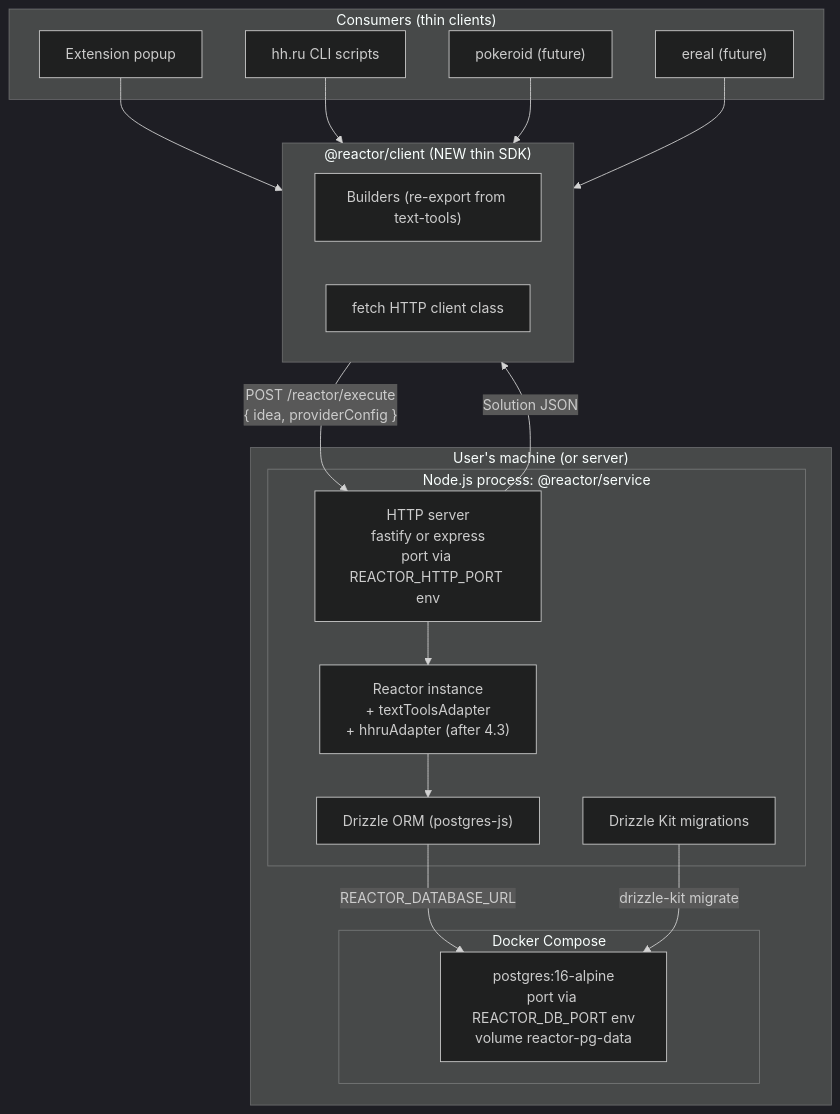
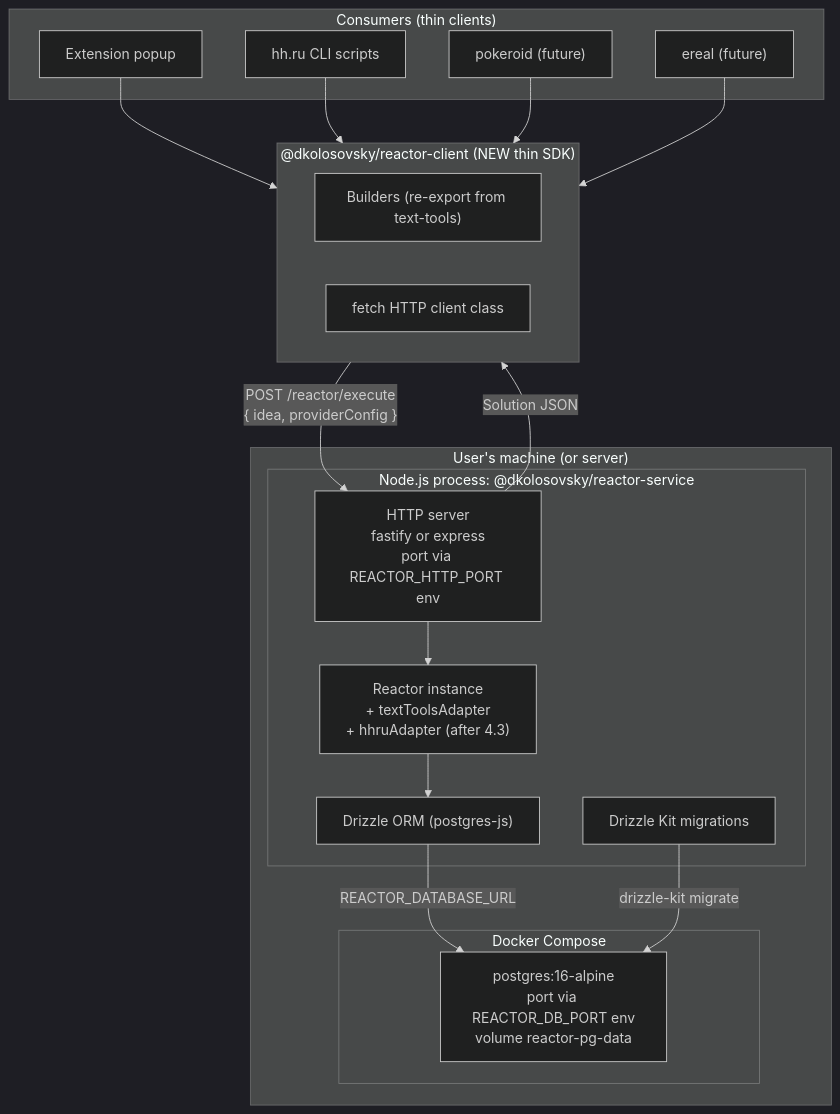
Before and after one commit to kolosochek/reactor: the first of 2 diagrams in docs/specs/2026-04-26-reactor-service-design.md, drawn with Mermaid (dark theme). The commit also changed other lines of this file and 36 other files, not shown here.

First line of the commit message:
publish: rename to @dkolosovsky scope + ship reactor-client/text-tools to npm

````diff
--- a/docs/specs/2026-04-26-reactor-service-design.md
+++ b/docs/specs/2026-04-26-reactor-service-design.md
@@ -61,37 +61,37 @@
 ```mermaid
 graph TB
   subgraph host["User's machine (or server)"]
     subgraph dock["Docker Compose"]
       PG["postgres:16-alpine<br/>port via REACTOR_DB_PORT env<br/>volume reactor-pg-data"]
     end
-    subgraph node["Node.js process: @reactor/service"]
+    subgraph node["Node.js process: @dkolosovsky/reactor-service"]
       API["HTTP server<br/>fastify or express<br/>port via REACTOR_HTTP_PORT env"]
       RC["Reactor instance<br/>+ textToolsAdapter<br/>+ hhruAdapter (after 4.3)"]
       DZ["Drizzle ORM (postgres-js)"]
       MIG["Drizzle Kit migrations"]
     end
     API --> RC
     RC --> DZ
     DZ -->|REACTOR_DATABASE_URL| PG
     MIG -->|"drizzle-kit migrate"| PG
   end
 
   subgraph clients["Consumers (thin clients)"]
     EXT["Extension popup"]
     HHCLI["hh.ru CLI scripts"]
     POK["pokeroid (future)"]
     EREAL["ereal (future)"]
   end
 
-  subgraph clientpkg["@reactor/client (NEW thin SDK)"]
+  subgraph clientpkg["@dkolosovsky/reactor-client (NEW thin SDK)"]
     BLD["Builders (re-export from text-tools)"]
     HTTP["fetch HTTP client class"]
   end
 
   EXT --> clientpkg
   HHCLI --> clientpkg
   POK --> clientpkg
   EREAL --> clientpkg
   clientpkg -->|"POST /reactor/execute<br/>{ idea, providerConfig }"| API
   API -->|"Solution JSON"| clientpkg
 ```
````
